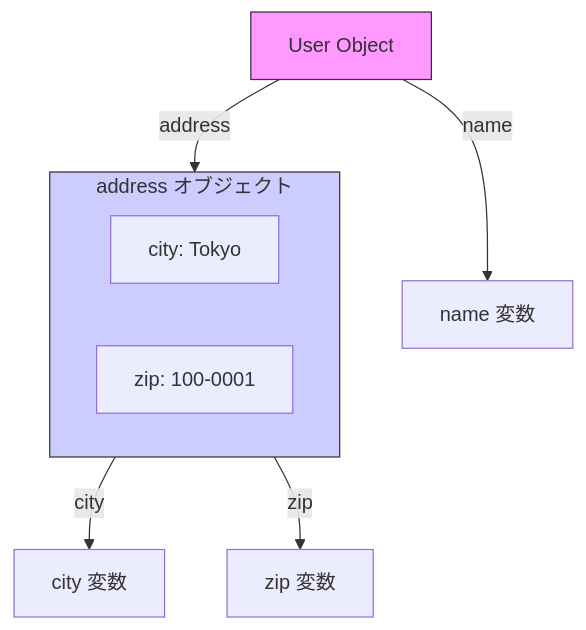
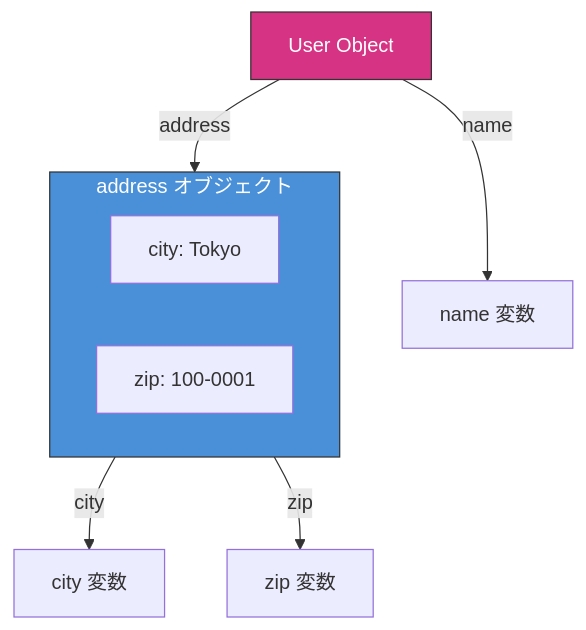
The third of 3 diagrams in D03.md (komiyamma/site_ichika_destruct-spread-named-rest), drawn with Mermaid before and after one commit. The commit also changed other lines of this file and 35 other files, not shown here.

````diff
--- a/D03.md
+++ b/D03.md
@@ -229,17 +229,17 @@
 ```mermaid
 flowchart TD
     User[User Object]
     
     subgraph Address [address オブジェクト]
     City[city: Tokyo]
     Zip[zip: 100-0001]
     end
     
     User -- name --> NameVar[name 変数]
     User -- address --> Address
     Address -- city --> CityVar[city 変数]
     Address -- zip --> ZipVar[zip 変数]
     
-    style User fill:#f9f,stroke:#333
-    style Address fill:#ccf,stroke:#333
+    style User fill:#d63384,stroke:#333,color:#fff
+    style Address fill:#4a90d9,stroke:#333,color:#fff
 ```
````
